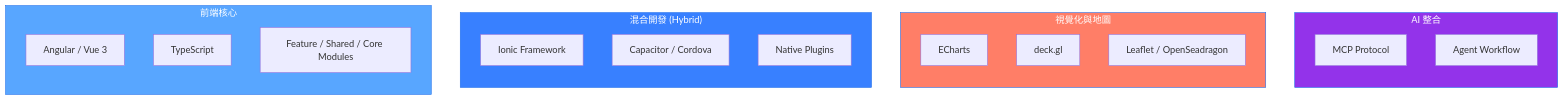
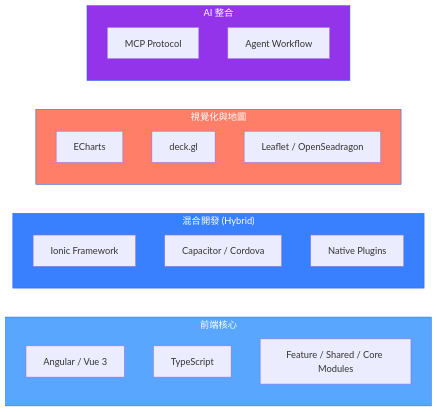
The diagram in README.md (Yang-tzu-yi/Yang-tzu-yi), drawn with Mermaid before and after one commit.

````diff
--- a/README.md
+++ b/README.md
@@ -58,32 +58,30 @@
 ```mermaid
 graph LR
     subgraph Frontend["前端核心"]
         A1[Angular / Vue 3]
         A2[TypeScript]
         A3[Feature / Shared / Core Modules]
     end
 
     subgraph Mobile["混合開發 (Hybrid)"]
         M1[Ionic Framework]
         M2[Capacitor / Cordova]
         M3[Native Plugins]
     end
     
     subgraph Visualization["視覺化與地圖"]
         B1[ECharts]
         B2[deck.gl]
         B3[Leaflet / OpenSeadragon]
     end
     
     subgraph AI["AI 整合"]
         C1[MCP Protocol]
         C2[Agent Workflow]
     end
-
-    Frontend ~~~ Mobile ~~~ Visualization ~~~ AI
     
     style Frontend fill:#58A6FF,stroke:#1F6FEB,color:#fff
     style Mobile fill:#3880FF,stroke:#1F6FEB,color:#fff
     style Visualization fill:#FF7E67,stroke:#1F6FEB,color:#fff
     style AI fill:#9333EA,stroke:#1F6FEB,color:#fff
 ```
````
